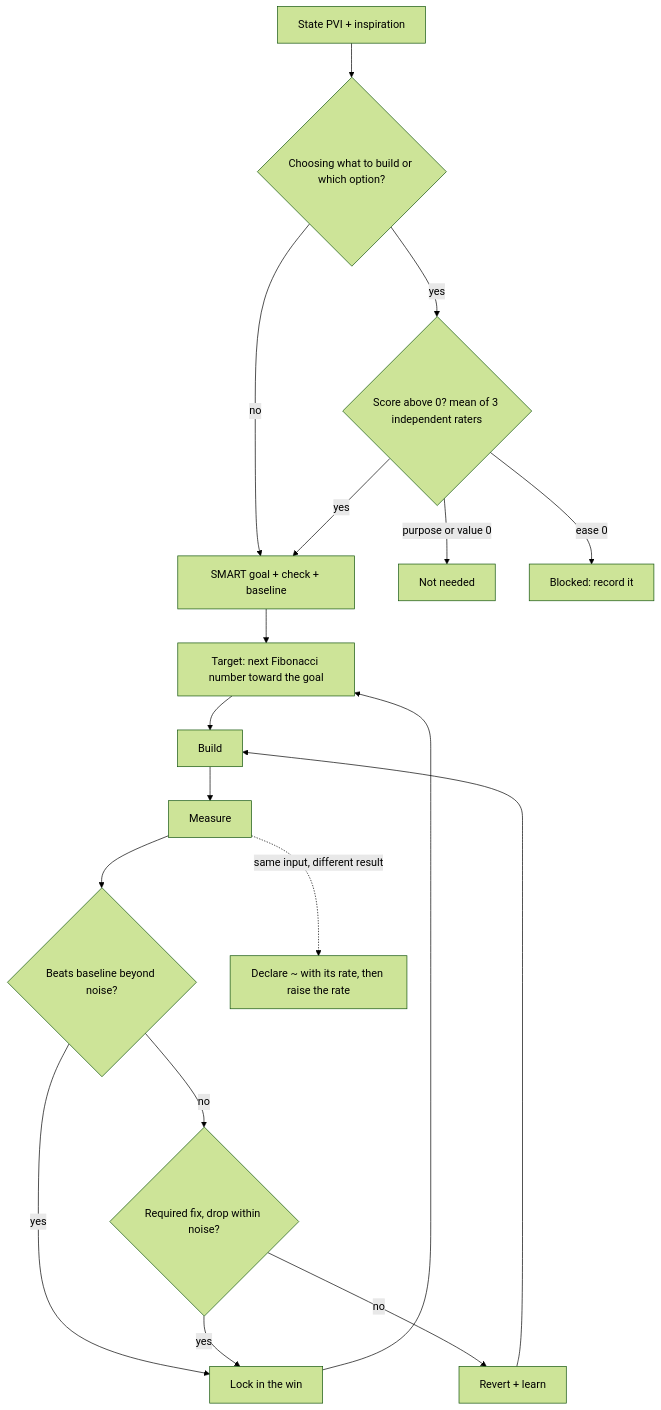
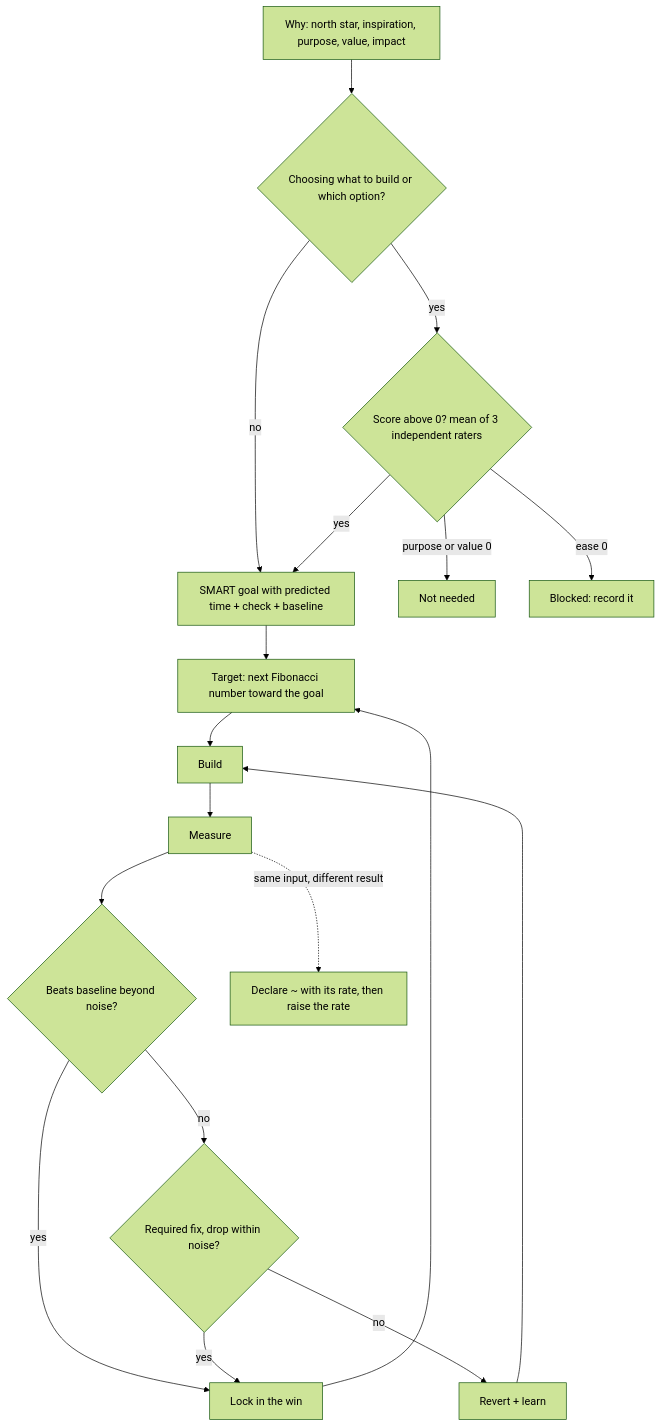
Before and after one commit to SolenixAI/arbiter: the seventh of 14 diagrams in AGENTS.md, drawn with Mermaid (forest theme). The commit also changed other lines of this file and 1 other file, not shown here.

First line of the commit message:
docs(agents): section 6 is "Why, then measured wins", in four steps

````diff
--- a/AGENTS.md
+++ b/AGENTS.md
@@ -303,16 +299,16 @@
 ```mermaid
 flowchart TD
-  PV[State PVI + inspiration] --> CH{Choosing what to build or which option?}
+  PV["Why: north star, inspiration, purpose, value, impact"] --> CH{Choosing what to build or which option?}
   CH -->|yes| S{Score above 0? mean of 3 independent raters}
   CH -->|no| G
   S -->|purpose or value 0| N[Not needed]
   S -->|ease 0| B[Blocked: record it]
-  S -->|yes| G[SMART goal + check + baseline]
+  S -->|yes| G[SMART goal with predicted time + check + baseline]
   G --> T[Target: next Fibonacci number toward the goal] --> BU[Build] --> M[Measure]
   M --> K{Beats baseline beyond noise?}
   K -->|yes| L[Lock in the win] --> T
   K -->|no| RF{Required fix, drop within noise?}
   RF -->|yes| L
   RF -->|no| R[Revert + learn] --> BU
   M -.->|same input, different result| Z["Declare ~ with its rate, then raise the rate"]
 ```
````
